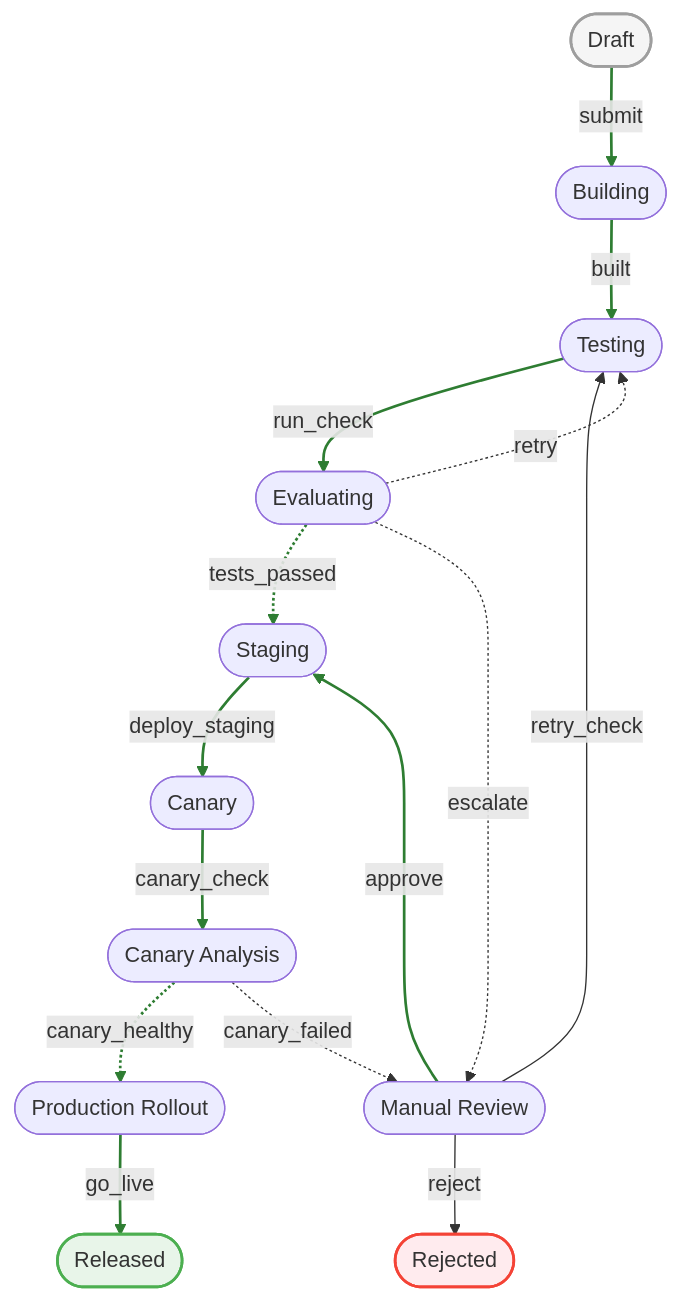
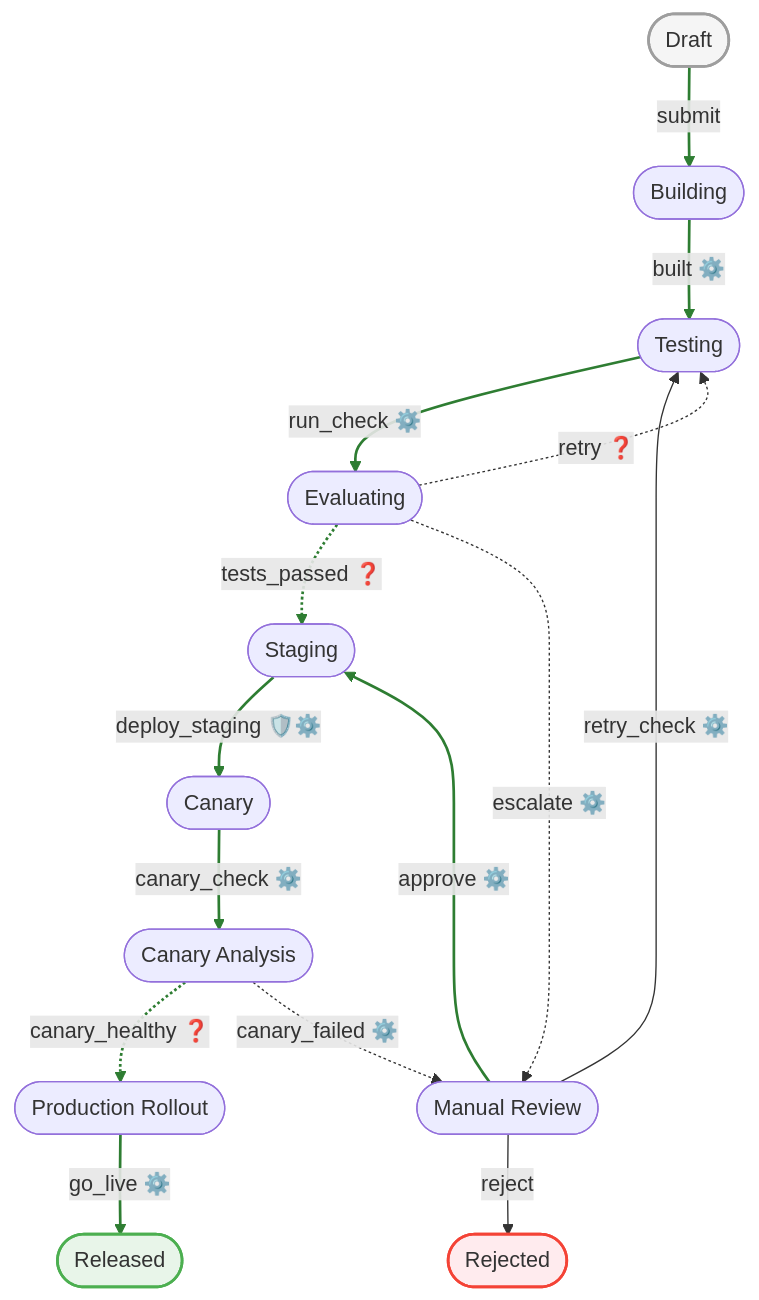
The diagram in README.md (dereuromark/cakephp-workflow-demo), drawn with Mermaid before and after one commit. The commit also changed other lines of this file and 2 other files, not shown here.

Commit message:
Show guard / command / condition markers on the workflow diagram
Enable the renderer's showDetails so each edge label carries its markers:
shield for a guard, gear for a command, question mark for a condition
(matching cakephp-statemachine). Extend the legend, the README diagram,
and the hero screenshot to match the live view.

````diff
--- a/README.md
+++ b/README.md
@@ -49,35 +49,35 @@
 ```mermaid
 flowchart TD
     draft([Draft])
     building([Building])
     testing([Testing])
     evaluating([Evaluating])
     manual_review([Manual Review])
     staging([Staging])
     canary([Canary])
     canary_eval([Canary Analysis])
     production([Production Rollout])
     released([Released])
     rejected([Rejected])
     draft -->|submit| building
-    building -->|built| testing
-    testing -->|run_check| evaluating
-    evaluating -.->|tests_passed| staging
-    evaluating -.->|retry| testing
-    evaluating -.->|escalate| manual_review
-    manual_review -->|retry_check| testing
-    manual_review -->|approve| staging
+    building -->|"built ⚙️"| testing
+    testing -->|"run_check ⚙️"| evaluating
+    evaluating -.->|"tests_passed ❓"| staging
+    evaluating -.->|"retry ❓"| testing
+    evaluating -.->|"escalate ⚙️"| manual_review
+    manual_review -->|"retry_check ⚙️"| testing
+    manual_review -->|"approve ⚙️"| staging
     manual_review -->|reject| rejected
-    staging -->|deploy_staging| canary
-    canary -->|canary_check| canary_eval
-    canary_eval -.->|canary_healthy| production
-    canary_eval -.->|canary_failed| manual_review
-    production -->|go_live| released
+    staging -->|"deploy_staging 🛡️⚙️"| canary
+    canary -->|"canary_check ⚙️"| canary_eval
+    canary_eval -.->|"canary_healthy ❓"| production
+    canary_eval -.->|"canary_failed ⚙️"| manual_review
+    production -->|"go_live ⚙️"| released
     classDef initial fill:#f5f5f5,stroke:#9e9e9e,stroke-width:2px
     classDef final fill:#e8f5e9,stroke:#4caf50,stroke-width:2px
     classDef failed fill:#ffebee,stroke:#f44336,stroke-width:2px
     class draft initial
     class released final
     class rejected failed
     linkStyle 0,1,2,3,7,9,10,11,13 stroke:#2e7d32,stroke-width:2px
 ```
````
